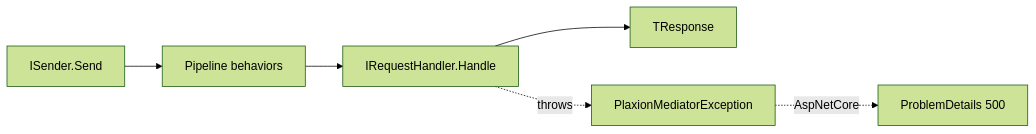
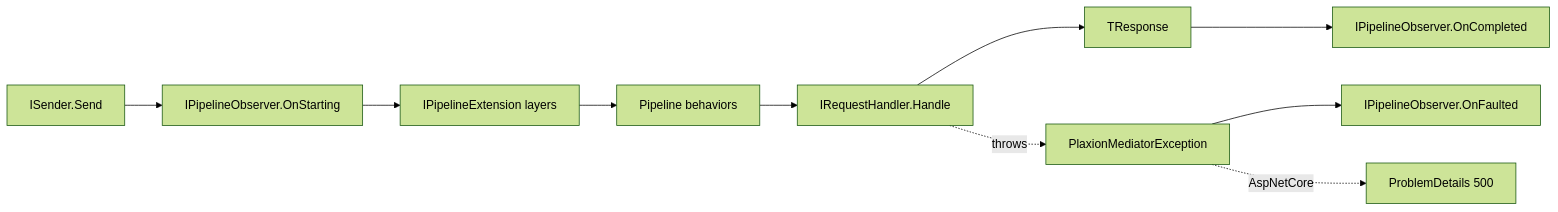
The diagram in docs/wiki/Design-Overview.md (avmp2208/PlaxionMediator), drawn with Mermaid (forest theme) before and after one commit. The commit also changed other lines of this file and 44 other files, not shown here.

Commit message:
feat(pipeline): introduce formal extension points and observer instrumentation for telemetry (#28)

````diff
--- a/docs/wiki/Design-Overview.md
+++ b/docs/wiki/Design-Overview.md
@@ -21,8 +65,12 @@
 ```mermaid
 graph LR
-    Send[ISender.Send] --> Behaviors[Pipeline behaviors]
+    Send[ISender.Send] --> ObsStart[IPipelineObserver.OnStarting]
+    ObsStart --> Ext[IPipelineExtension layers]
+    Ext --> Behaviors[Pipeline behaviors]
     Behaviors --> Handler[IRequestHandler.Handle]
     Handler --> Response[TResponse]
+    Response --> ObsStop[IPipelineObserver.OnCompleted]
     Handler -. throws .-> Ex[PlaxionMediatorException]
+    Ex --> ObsFault[IPipelineObserver.OnFaulted]
     Ex -. AspNetCore .-> Problem[ProblemDetails 500]
 ```
````
